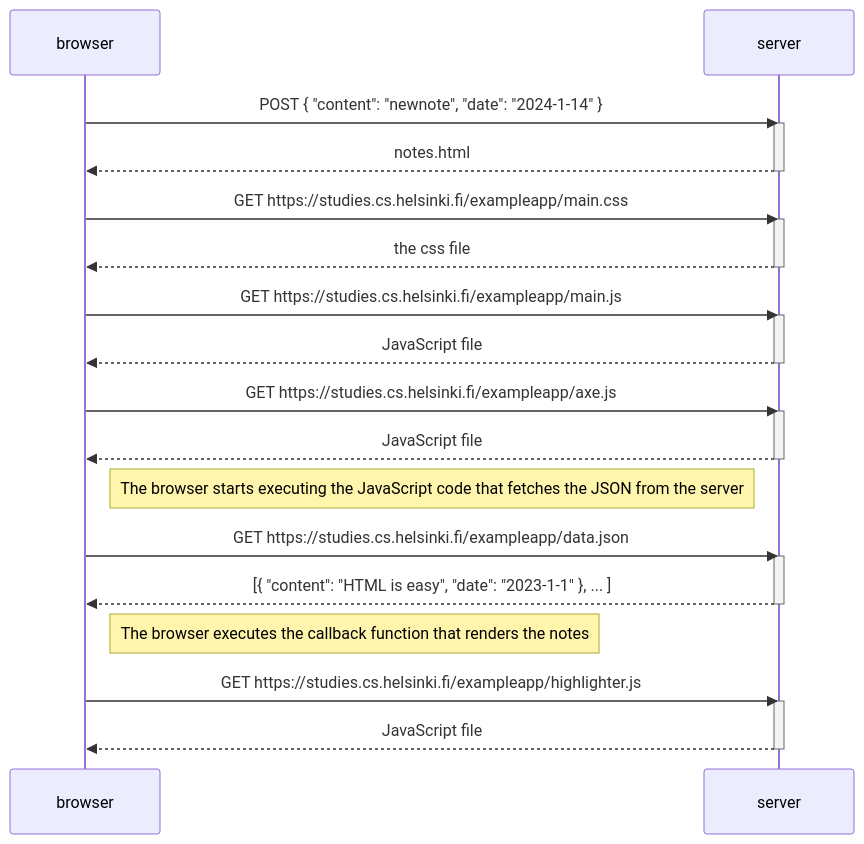
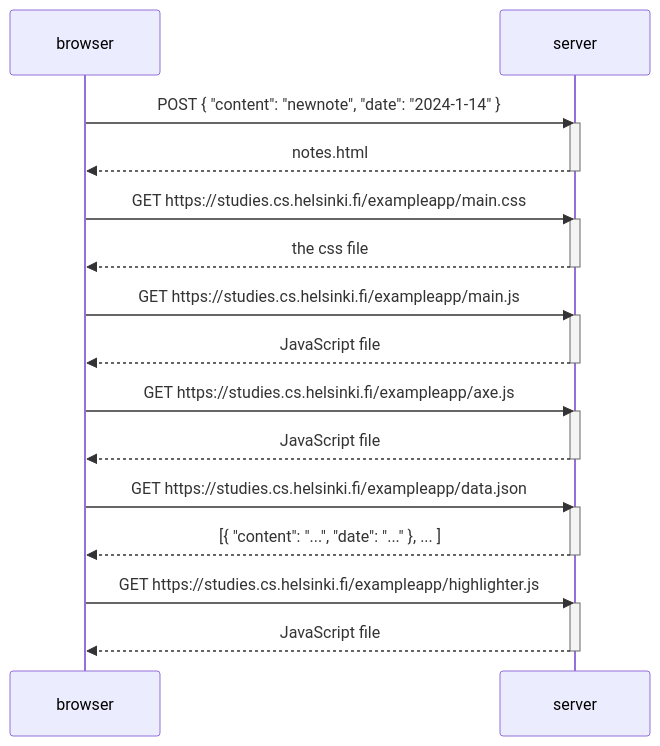
Before and after one commit to jvapel/fsopen: the diagram in osa0/0_4.md, drawn with Mermaid. The commit also changed 1 other file, not shown here.

Commit message:
last changes

````diff
--- a/osa0/0_4.md
+++ b/osa0/0_4.md
@@ -1,40 +1,36 @@
 ```mermaid 
 
 sequenceDiagram
     participant browser
     participant server
     
     browser->>server: POST { "content": "newnote", "date": "2024-1-14" }
     activate server
     server-->>browser: notes.html
     deactivate server
     
     browser->>server: GET https://studies.cs.helsinki.fi/exampleapp/main.css
     activate server
     server-->>browser: the css file
     deactivate server
     
     browser->>server: GET https://studies.cs.helsinki.fi/exampleapp/main.js
     activate server
     server-->>browser: JavaScript file
     deactivate server
     
     browser->>server: GET https://studies.cs.helsinki.fi/exampleapp/axe.js
     activate server
     server-->>browser: JavaScript file
     deactivate server
-
-    Note right of browser: The browser starts executing the JavaScript code that fetches the JSON from the server
     
     browser->>server: GET https://studies.cs.helsinki.fi/exampleapp/data.json
     activate server
-    server-->>browser: [{ "content": "HTML is easy", "date": "2023-1-1" }, ... ]
+    server-->>browser: [{ "content": "...", "date": "..." }, ... ]
     deactivate server    
-
-    Note right of browser: The browser executes the callback function that renders the notes 
 
     browser->>server: GET https://studies.cs.helsinki.fi/exampleapp/highlighter.js
     activate server
     server-->>browser: JavaScript file
     deactivate server
 ```
````
